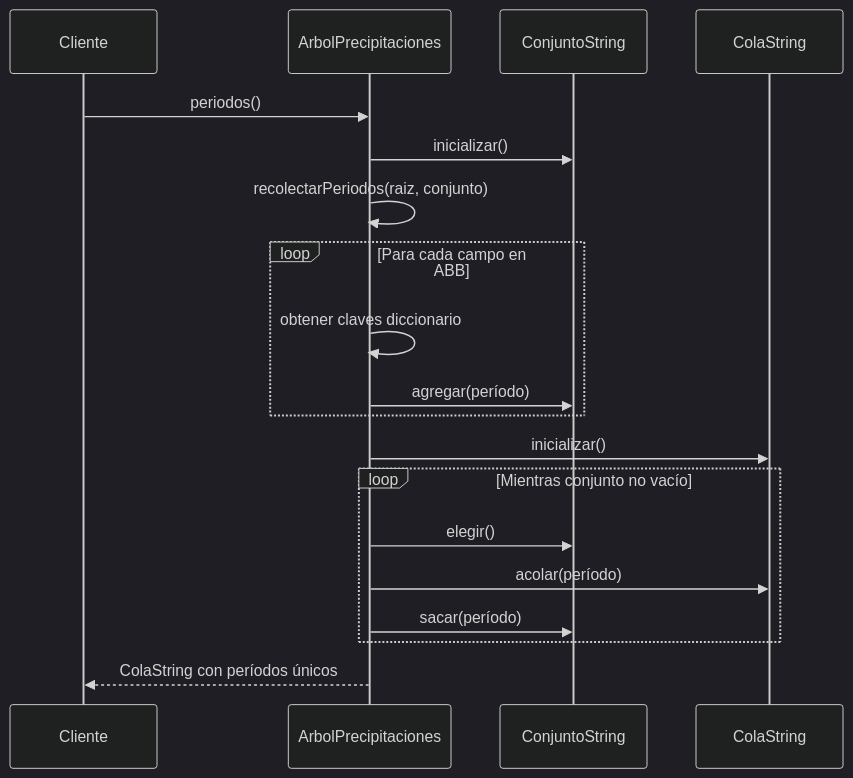
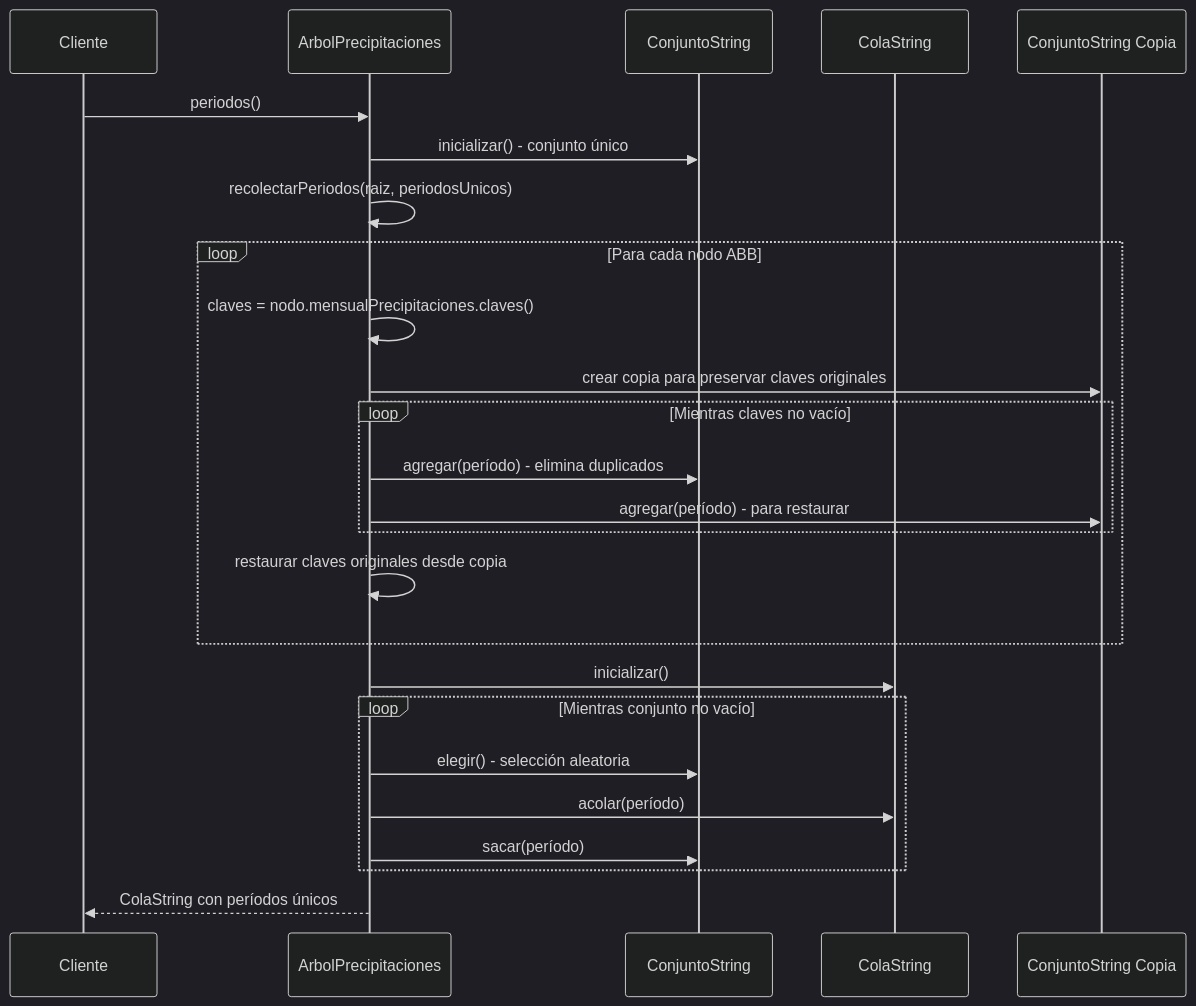
Before and after one commit to pybalt/algo2: diagram 16 of 17 in tp-final/README_IMPLEMENTACIONES.md, drawn with Mermaid. The commit also changed other lines of this file, not shown here.

Commit message:
Revise README_IMPLEMENTACIONES.md to update data structure descriptions, enhance diagram clarity, and improve overall organization. Key changes include restructuring sections on data hierarchies, refining hash table explanations, and optimizing visual elements for better readability.

````diff
--- a/tp-final/README_IMPLEMENTACIONES.md
+++ b/tp-final/README_IMPLEMENTACIONES.md
@@ -415,23 +427,31 @@
 ```mermaid
 %%{init: {'theme':'dark'}}%%
 sequenceDiagram
     participant C as Cliente
     participant A as ArbolPrecipitaciones
     participant CS as ConjuntoString
     participant CoS as ColaString
+    participant CSC as ConjuntoString Copia
     
     C->>A: periodos()
-    A->>CS: inicializar()
-    A->>A: recolectarPeriodos(raiz, conjunto)
-    loop Para cada campo en ABB
-        A->>A: obtener claves diccionario
-        A->>CS: agregar(período)
+    A->>CS: inicializar() - conjunto único
+    A->>A: recolectarPeriodos(raiz, periodosUnicos)
+    
+    loop Para cada nodo ABB
+        A->>A: claves = nodo.mensualPrecipitaciones.claves()
+        A->>CSC: crear copia para preservar claves originales
+        loop Mientras claves no vacío
+            A->>CS: agregar(período) - elimina duplicados
+            A->>CSC: agregar(período) - para restaurar
+        end
+        A->>A: restaurar claves originales desde copia
     end
+    
     A->>CoS: inicializar()
     loop Mientras conjunto no vacío
-        A->>CS: elegir()
+        A->>CS: elegir() - selección aleatoria
         A->>CoS: acolar(período)
         A->>CS: sacar(período)
     end
     A-->>C: ColaString con períodos únicos
 ```
````
